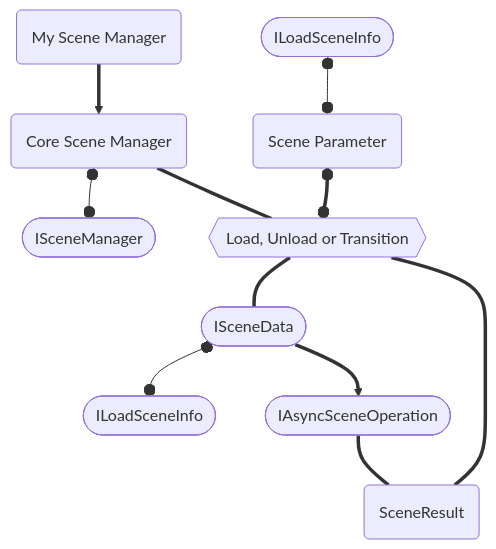
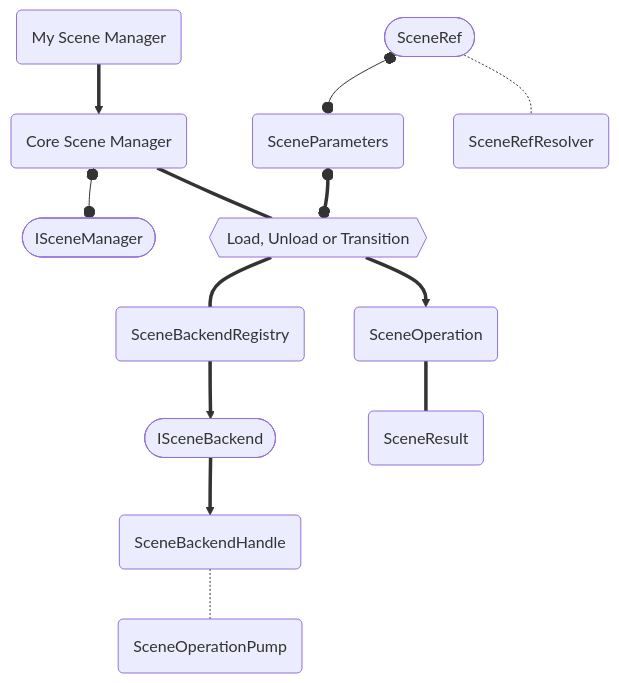
One commit to mygamedevtools/scene-loader changed the diagram in docs/advanced-usage/core-concepts.md. Above: the diagram before and after it, drawn with Mermaid. The commit also changed other lines of this file and 32 other files, not shown here.

````diff
--- a/docs/advanced-usage/core-concepts.md
+++ b/docs/advanced-usage/core-concepts.md
@@ -15,29 +15,31 @@
 ```mermaid
 flowchart TB
   asm(My Scene Manager)
   sd(Core Scene Manager)
   isd([ISceneManager])
   so{{Load, Unload or Transition}}
-  sp(Scene Parameter)
-  lsi([ILoadSceneInfo])
+  sp(SceneParameters)
+  sr([SceneRef])
+  res(SceneRefResolver)
 
   asm ==> sd
+  sd o--o isd
   sd === so
-  sd o--o isd
-  lsi o--o sp
+  sr o--o sp
   sp o==o so
+  sr -.- res
 
-  scd([ISceneData])
-  lsi2([ILoadSceneInfo])
+  reg(SceneBackendRegistry)
+  be([ISceneBackend])
+  h(SceneBackendHandle)
+  op(SceneOperation)
+  pump(SceneOperationPump)
+  result(SceneResult)
 
-  aso([IAsyncSceneOperation])
-
-  sr(SceneResult)
-
-  so === scd
-  scd ==> aso
-  scd o--o lsi2
-
-  aso === sr
-  sr === so
+  so === reg
+  reg ==> be
+  be ==> h
+  h -.- pump
+  so ==> op
+  op === result
 ```
````
